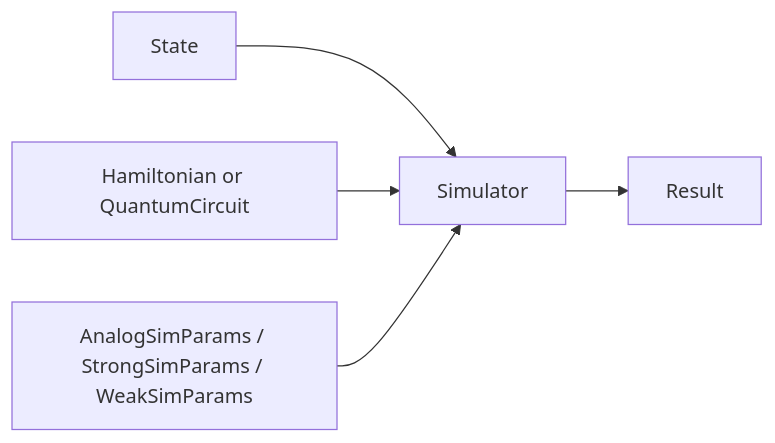
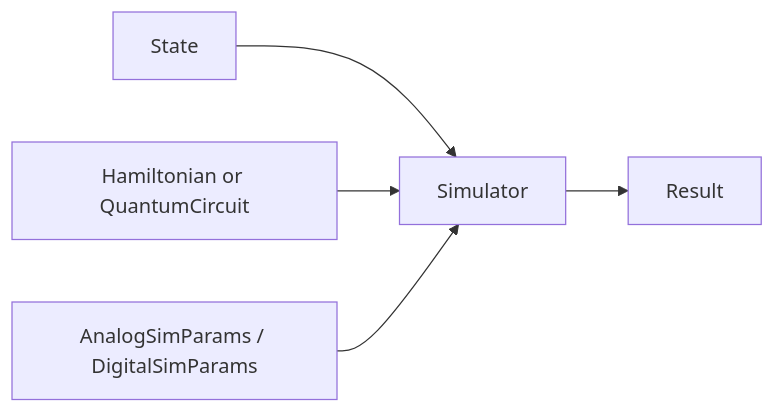
The diagram in docs/index.md (munich-quantum-toolkit/yaqs), drawn with Mermaid before and after one commit. The commit also changed other lines of this file and 40 other files, not shown here.

Commit message:
combined weak and strong sim to DigitalSimParams

````diff
--- a/docs/index.md
+++ b/docs/index.md
@@ -40,12 +40,12 @@
 ```{mermaid}
 flowchart LR
   state[State]
   op[Hamiltonian or QuantumCircuit]
-  params["AnalogSimParams / StrongSimParams / WeakSimParams"]
+  params["AnalogSimParams / DigitalSimParams"]
   sim[Simulator]
   result[Result]
   state --> sim
   op --> sim
   params --> sim
   sim --> result
 ```
````
